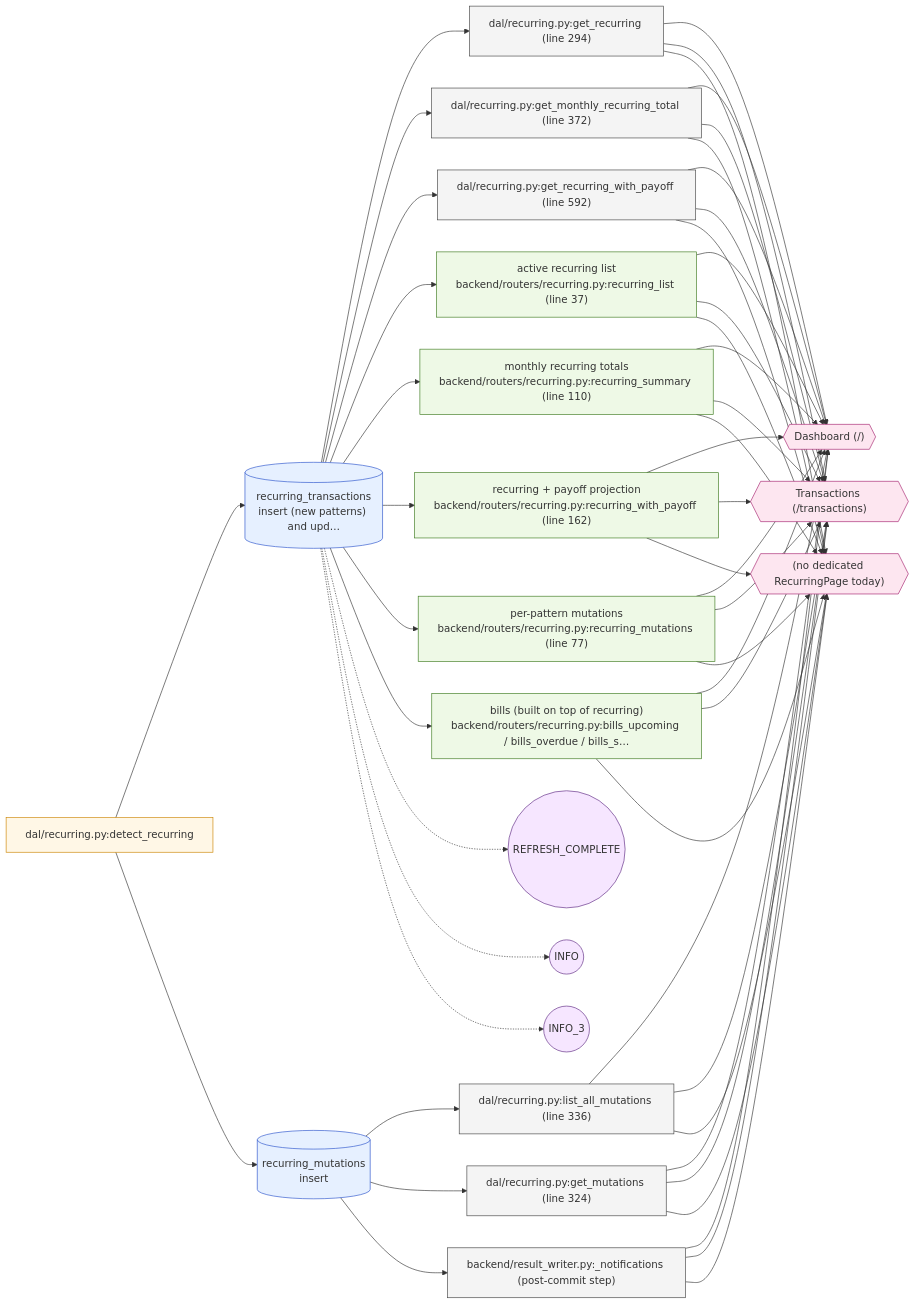
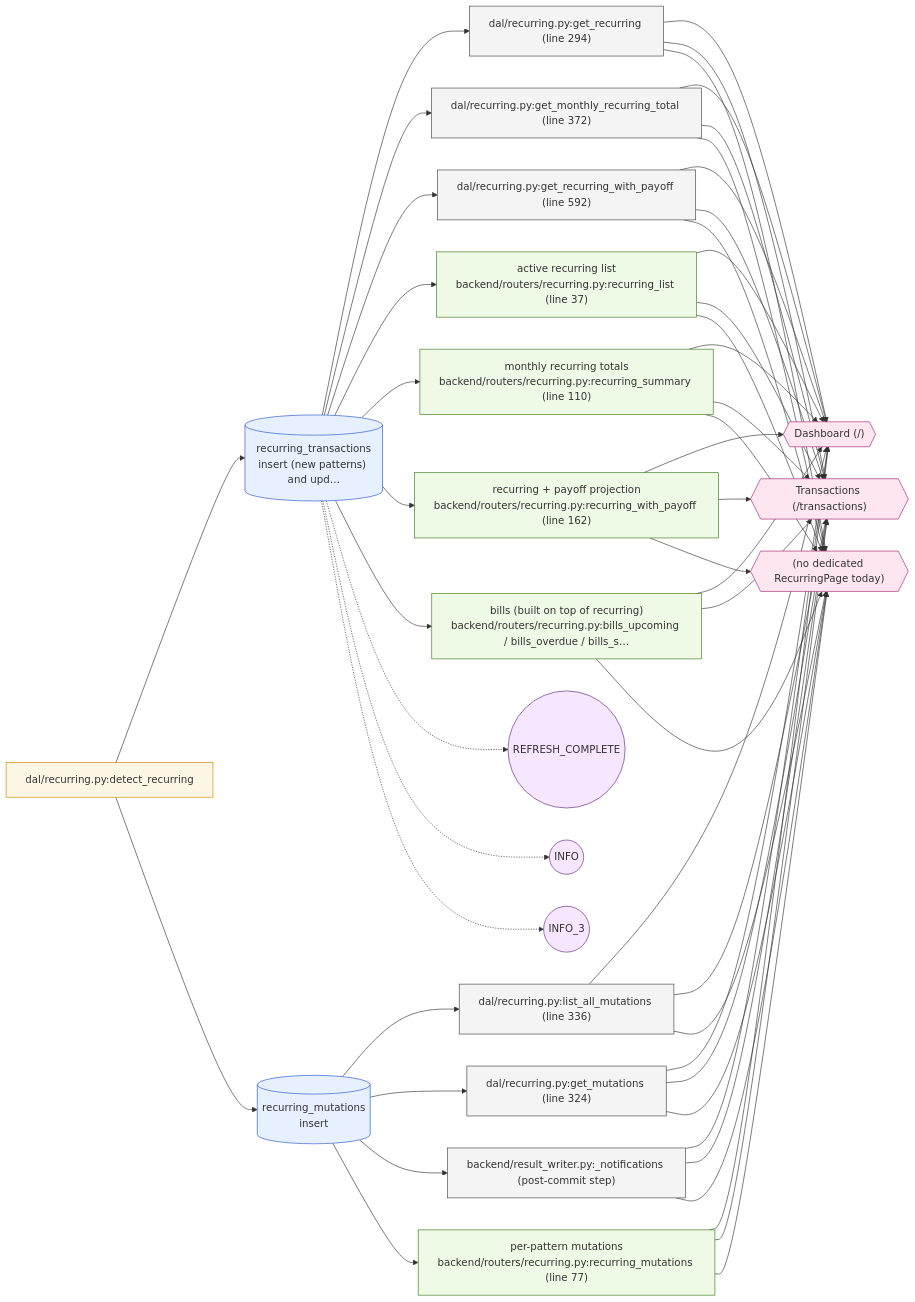
Before and after one commit to wileyqe/Sentry-Finance: the diagram in docs/data-lineage/diagrams/recurring_pattern_detection.mmd, drawn with Mermaid. The commit also changed 36 other files, not shown here.

```diff
--- a/docs/data-lineage/diagrams/recurring_pattern_detection.mmd
+++ b/docs/data-lineage/diagrams/recurring_pattern_detection.mmd
@@ -1,86 +1,86 @@
 %% Auto-generated by build_diagrams.py — do not edit by hand.
 %% Event: recurring_pattern_detection (class: system_derived)
 %% Recurring pattern detection
 graph LR
   origin["dal/recurring.py:detect_recurring"]
   tbl_recurring_transactions[("recurring_transactions<br/>insert (new patterns) and upd…")]
   origin --> tbl_recurring_transactions
   tbl_recurring_mutations[("recurring_mutations<br/>insert")]
   origin --> tbl_recurring_mutations
   dc0_get_recurring_line_294["dal/recurring.py:get_recurring (line 294)"]
   dc1_list_all_mutations_line_336["dal/recurring.py:list_all_mutations (line 336)"]
   dc2_get_monthly_recurring_total_line_372["dal/recurring.py:get_monthly_recurring_total (line 372)"]
   dc3_get_recurring_with_payoff_line_592["dal/recurring.py:get_recurring_with_payoff (line 592)"]
   dc4_get_mutations_line_324["dal/recurring.py:get_mutations (line 324)"]
   dc5_notifications_post_commit_step["backend/result_writer.py:_notifications (post-commit step)"]
   dv0_active_recurring_list["active recurring list<br/>backend/routers/recurring.py:recurring_list (line 37)"]
   dv1_monthly_recurring_totals["monthly recurring totals<br/>backend/routers/recurring.py:recurring_summary (line 110)"]
   dv2_recurring_payoff_projection["recurring + payoff projection<br/>backend/routers/recurring.py:recurring_with_payoff (line 162)"]
   dv3_per_pattern_mutations["per-pattern mutations<br/>backend/routers/recurring.py:recurring_mutations (line 77)"]
   dv4_bills_built_on_top_of_recurring["bills (built on top of recurring)<br/>backend/routers/recurring.py:bills_upcoming / bills_overdue / bills_s…"]
   tbl_recurring_transactions --> dc0_get_recurring_line_294
   tbl_recurring_mutations --> dc1_list_all_mutations_line_336
   tbl_recurring_transactions --> dc2_get_monthly_recurring_total_line_372
   tbl_recurring_transactions --> dc3_get_recurring_with_payoff_line_592
   tbl_recurring_mutations --> dc4_get_mutations_line_324
   tbl_recurring_mutations --> dc5_notifications_post_commit_step
   tbl_recurring_transactions --> dv0_active_recurring_list
   tbl_recurring_transactions --> dv1_monthly_recurring_totals
   tbl_recurring_transactions --> dv2_recurring_payoff_projection
-  tbl_recurring_transactions --> dv3_per_pattern_mutations
+  tbl_recurring_mutations --> dv3_per_pattern_mutations
   tbl_recurring_transactions --> dv4_bills_built_on_top_of_recurring
   ui0_Dashboard{{"Dashboard (/)"}}
   ui1_Transactions_transactions{{"Transactions (/transactions)"}}
   ui2_no_dedicated_RecurringPage_today{{"(no dedicated RecurringPage today)"}}
   dc0_get_recurring_line_294 --> ui0_Dashboard
   dc1_list_all_mutations_line_336 --> ui0_Dashboard
   dc2_get_monthly_recurring_total_line_372 --> ui0_Dashboard
   dc3_get_recurring_with_payoff_line_592 --> ui0_Dashboard
   dc4_get_mutations_line_324 --> ui0_Dashboard
   dc5_notifications_post_commit_step --> ui0_Dashboard
   dv0_active_recurring_list --> ui0_Dashboard
   dv1_monthly_recurring_totals --> ui0_Dashboard
   dv2_recurring_payoff_projection --> ui0_Dashboard
   dv3_per_pattern_mutations --> ui0_Dashboard
   dv4_bills_built_on_top_of_recurring --> ui0_Dashboard
   dc0_get_recurring_line_294 --> ui1_Transactions_transactions
   dc1_list_all_mutations_line_336 --> ui1_Transactions_transactions
   dc2_get_monthly_recurring_total_line_372 --> ui1_Transactions_transactions
   dc3_get_recurring_with_payoff_line_592 --> ui1_Transactions_transactions
   dc4_get_mutations_line_324 --> ui1_Transactions_transactions
   dc5_notifications_post_commit_step --> ui1_Transactions_transactions
   dv0_active_recurring_list --> ui1_Transactions_transactions
   dv1_monthly_recurring_totals --> ui1_Transactions_transactions
   dv2_recurring_payoff_projection --> ui1_Transactions_transactions
   dv3_per_pattern_mutations --> ui1_Transactions_transactions
   dv4_bills_built_on_top_of_recurring --> ui1_Transactions_transactions
   dc0_get_recurring_line_294 --> ui2_no_dedicated_RecurringPage_today
   dc1_list_all_mutations_line_336 --> ui2_no_dedicated_RecurringPage_today
   dc2_get_monthly_recurring_total_line_372 --> ui2_no_dedicated_RecurringPage_today
   dc3_get_recurring_with_payoff_line_592 --> ui2_no_dedicated_RecurringPage_today
   dc4_get_mutations_line_324 --> ui2_no_dedicated_RecurringPage_today
   dc5_notifications_post_commit_step --> ui2_no_dedicated_RecurringPage_today
   dv0_active_recurring_list --> ui2_no_dedicated_RecurringPage_today
   dv1_monthly_recurring_totals --> ui2_no_dedicated_RecurringPage_today
   dv2_recurring_payoff_projection --> ui2_no_dedicated_RecurringPage_today
   dv3_per_pattern_mutations --> ui2_no_dedicated_RecurringPage_today
   dv4_bills_built_on_top_of_recurring --> ui2_no_dedicated_RecurringPage_today
   ex0_REFRESH_COMPLETE(("REFRESH_COMPLETE"))
   tbl_recurring_transactions -.-> ex0_REFRESH_COMPLETE
   ex2_INFO(("INFO"))
   tbl_recurring_transactions -.-> ex2_INFO
   ex3_INFO_3(("INFO_3"))
   tbl_recurring_transactions -.-> ex3_INFO_3
 
   classDef origin fill:#fff7e6,stroke:#cc8400,stroke-width:1px;
   classDef table fill:#e6f0ff,stroke:#2952cc,stroke-width:1px;
   classDef consumer fill:#f4f4f4,stroke:#444,stroke-width:1px;
   classDef derivation fill:#eef9e6,stroke:#3d7a1f,stroke-width:1px;
   classDef ui fill:#fde6f0,stroke:#a5226f,stroke-width:1px;
   classDef effect fill:#f6e6ff,stroke:#5e2a82,stroke-width:1px;
   class origin origin;
   class tbl_recurring_transactions,tbl_recurring_mutations table;
   class dc0_get_recurring_line_294,dc1_list_all_mutations_line_336,dc2_get_monthly_recurring_total_line_372,dc3_get_recurring_with_payoff_line_592,dc4_get_mutations_line_324,dc5_notifications_post_commit_step consumer;
   class dv0_active_recurring_list,dv1_monthly_recurring_totals,dv2_recurring_payoff_projection,dv3_per_pattern_mutations,dv4_bills_built_on_top_of_recurring derivation;
   class ui0_Dashboard,ui1_Transactions_transactions,ui2_no_dedicated_RecurringPage_today ui;
   class ex0_REFRESH_COMPLETE,ex2_INFO,ex3_INFO_3 effect;
```
